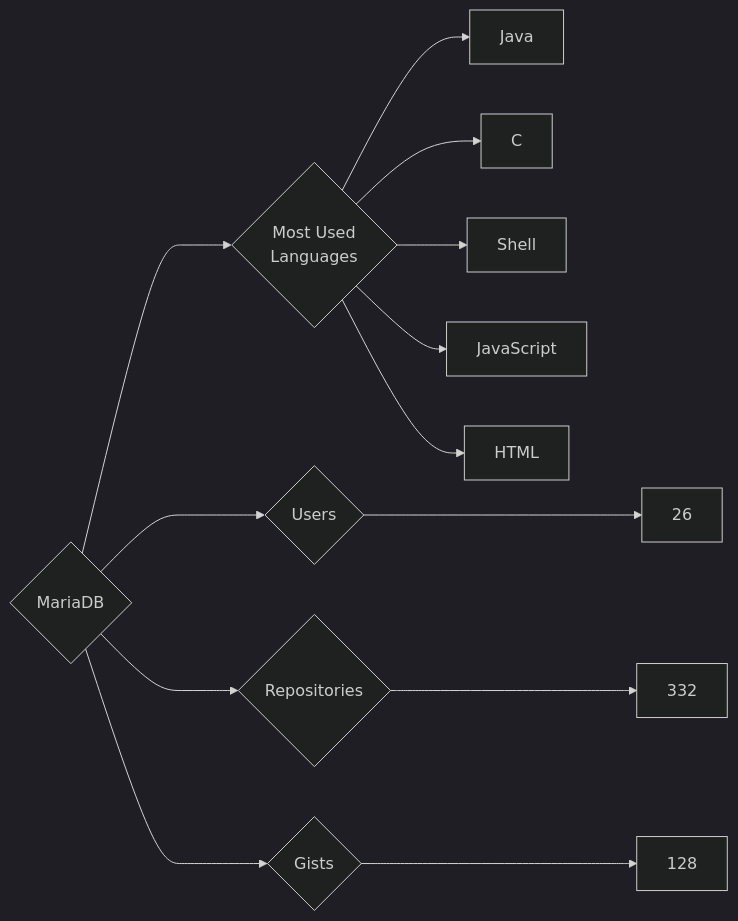
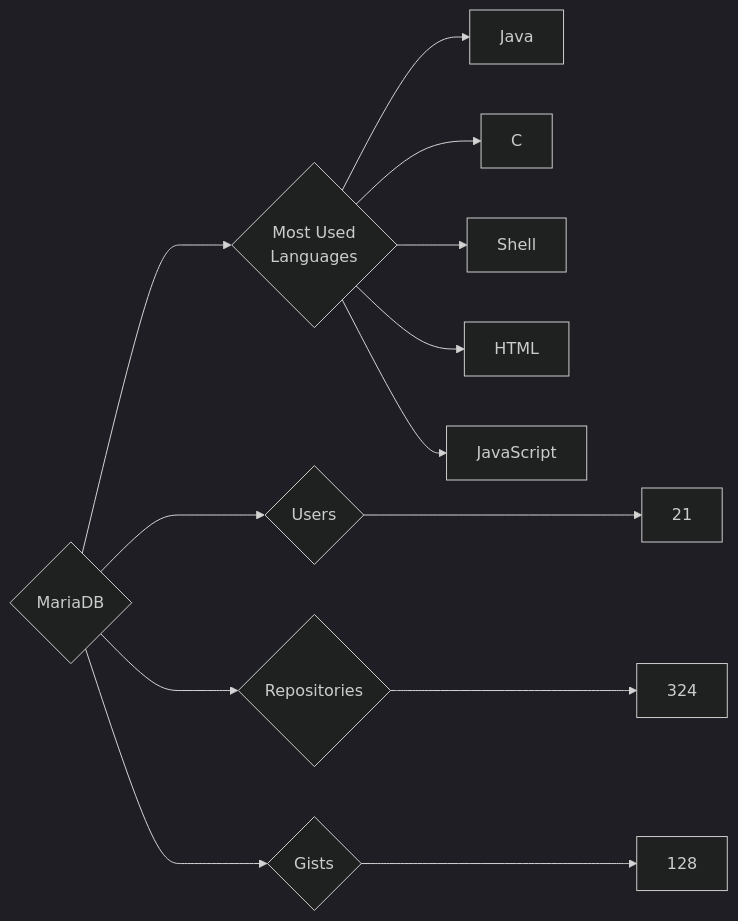
One commit to trickest/insiders changed the diagram in targets/MariaDB/README.md. Above: the diagram before and after it, drawn with Mermaid (dark theme). The commit also changed 1084 other files, not shown here.

````diff
--- a/targets/MariaDB/README.md
+++ b/targets/MariaDB/README.md
@@ -3,13 +3,13 @@
 ```mermaid
 graph LR
 COMPANY_NAME{MariaDB}
-COMPANY_NAME ---> U{Users} ---> UN[26]
-COMPANY_NAME ---> R{Repositories} ---> RN[332]
+COMPANY_NAME ---> U{Users} ---> UN[21]
+COMPANY_NAME ---> R{Repositories} ---> RN[324]
 COMPANY_NAME ---> G{Gists} ---> GN[128]
 COMPANY_NAME ---> ML{Most Used<br>Languages}
 ML --> Java[Java]
 ML --> C[C]
 ML --> Shell[Shell]
+ML --> HTML[HTML]
 ML --> JavaScript[JavaScript]
-ML --> HTML[HTML]
 ```
````
